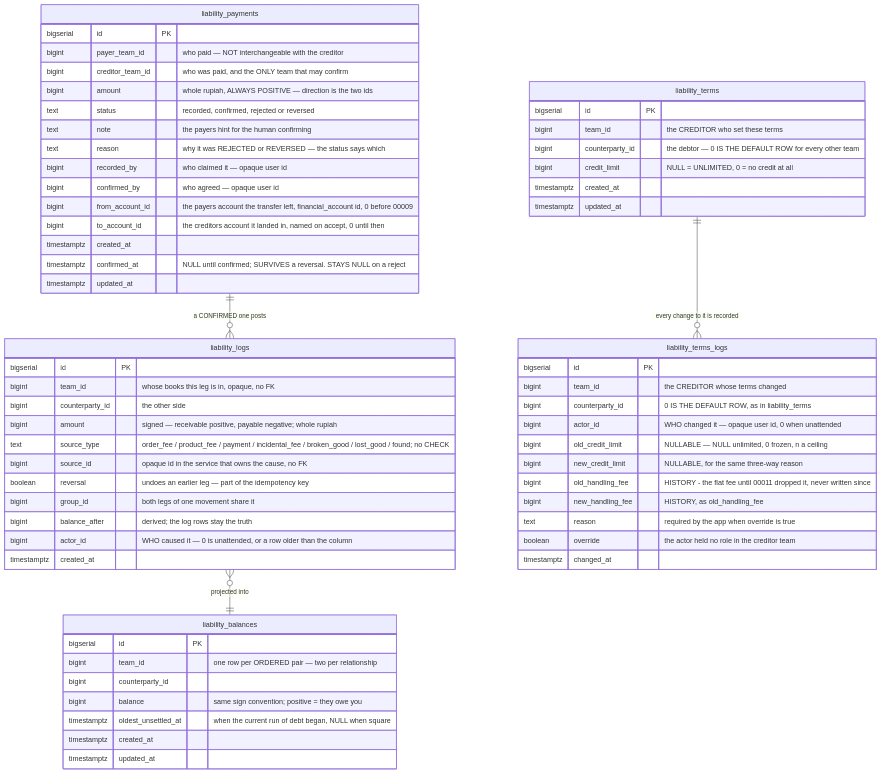
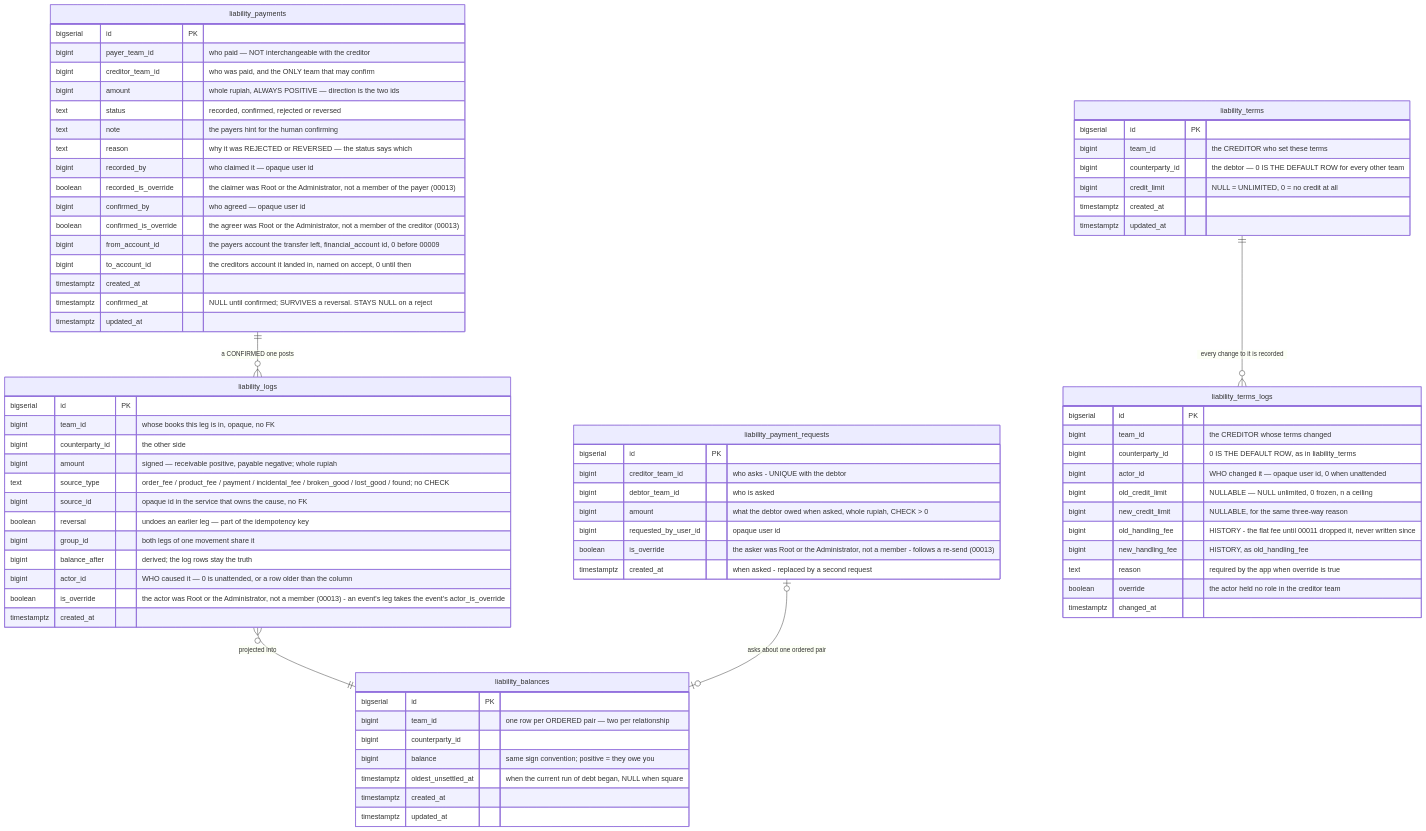
One commit to pdcgo/warehouse_revamp changed diagram 14 of 20 in docs/database-schema.md. Above: the diagram before and after it, drawn with Mermaid. The commit also changed other lines of this file and 703 other files, not shown here.

```diff
--- a/docs/database-schema.md
+++ b/docs/database-schema.md
@@ -1383,6 +1496,7 @@
 erDiagram
     liability_logs }o--|| liability_balances : "projected into"
     liability_payments ||--o{ liability_logs : "a CONFIRMED one posts"
+    liability_payment_requests |o--o| liability_balances : "asks about one ordered pair"
     liability_terms ||--o{ liability_terms_logs : "every change to it is recorded"
     liability_terms {
         bigserial   id                PK
@@ -1404,6 +1518,7 @@
         bigint      group_id        "both legs of one movement share it"
         bigint      balance_after   "derived; the log rows stay the truth"
         bigint      actor_id        "WHO caused it — 0 is unattended, or a row older than the column"
+        boolean     is_override     "the actor was Root or the Administrator, not a member (00013) - an event's leg takes the event's actor_is_override"
         timestamptz created_at
     }
 
@@ -1417,6 +1532,16 @@
         timestamptz updated_at
     }
 
+    liability_payment_requests {
+        bigserial   id                   PK
+        bigint      creditor_team_id     "who asks - UNIQUE with the debtor"
+        bigint      debtor_team_id       "who is asked"
+        bigint      amount               "what the debtor owed when asked, whole rupiah, CHECK > 0"
+        bigint      requested_by_user_id "opaque user id"
+        boolean     is_override          "the asker was Root or the Administrator, not a member - follows a re-send (00013)"
+        timestamptz created_at           "when asked - replaced by a second request"
+    }
+
     liability_payments {
         bigserial   id               PK
         bigint      payer_team_id    "who paid — NOT interchangeable with the creditor"
@@ -1426,7 +1551,9 @@
         text        note             "the payers hint for the human confirming"
         text        reason           "why it was REJECTED or REVERSED — the status says which"
         bigint      recorded_by      "who claimed it — opaque user id"
+        boolean     recorded_is_override  "the claimer was Root or the Administrator, not a member of the payer (00013)"
         bigint      confirmed_by     "who agreed — opaque user id"
+        boolean     confirmed_is_override "the agreer was Root or the Administrator, not a member of the creditor (00013)"
         bigint      from_account_id  "the payers account the transfer left, financial_account id, 0 before 00009"
         bigint      to_account_id    "the creditors account it landed in, named on accept, 0 until then"
         timestamptz created_at
```
